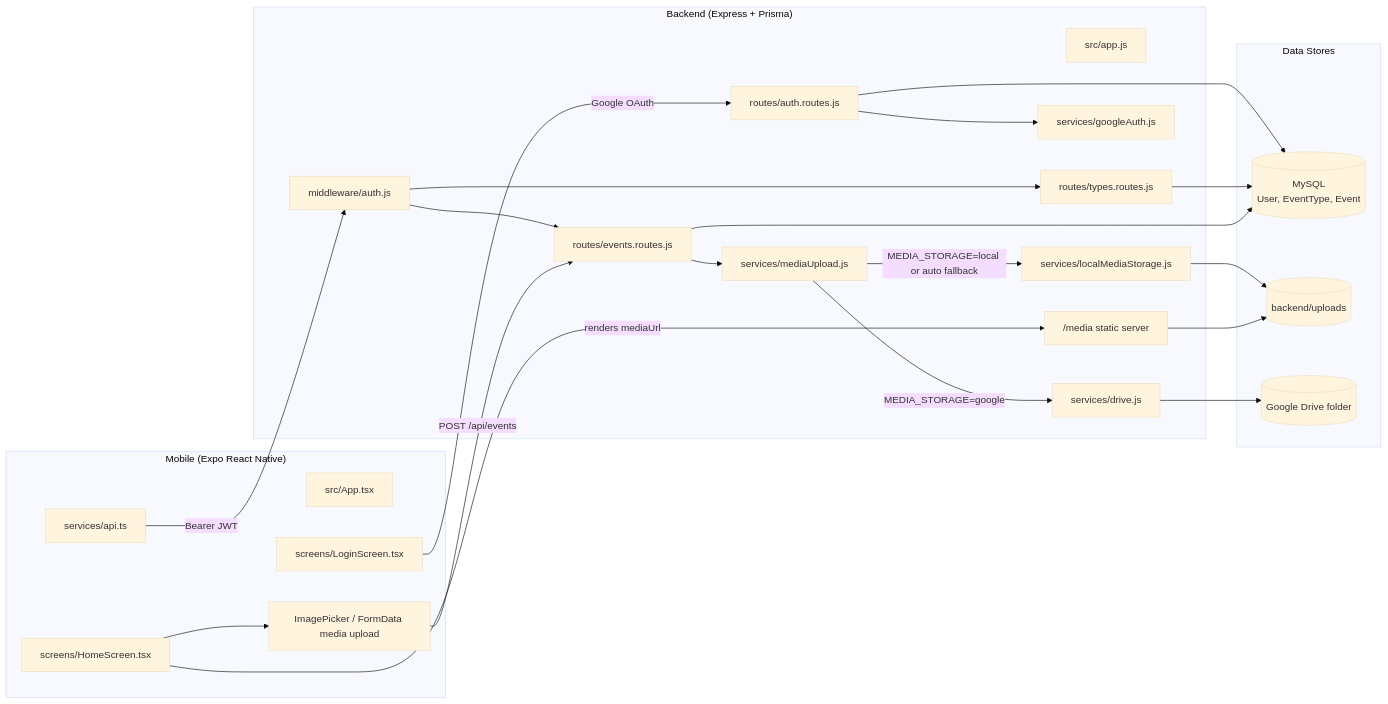
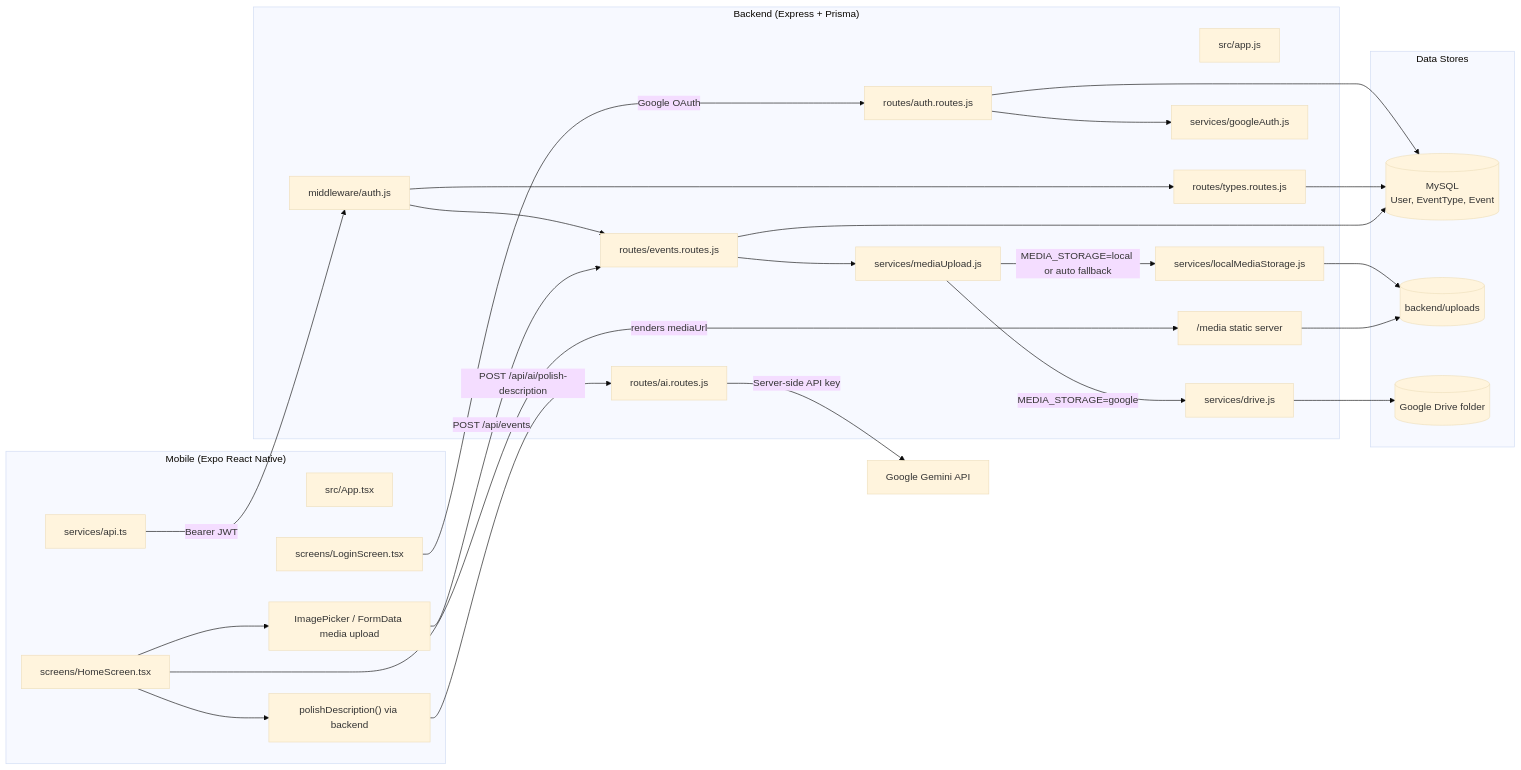
The second of 4 diagrams in REPO_MAP.md (The-Akanksha-Foundation-Pune/mobile), drawn with Mermaid (base theme) before and after one commit. The commit also changed other lines of this file and 15 other files, not shown here.

````diff
--- a/REPO_MAP.md
+++ b/REPO_MAP.md
@@ -102,47 +105,52 @@
 ```mermaid
 graph LR
   subgraph Mobile["Mobile (Expo React Native)"]
     MApp["src/App.tsx"]
     MLogin["screens/LoginScreen.tsx"]
     MHome["screens/HomeScreen.tsx"]
     MApi["services/api.ts"]
+    MPolish["polishDescription() via backend"]
     MMedia["ImagePicker / FormData media upload"]
   end
 
   subgraph Backend["Backend (Express + Prisma)"]
     BApp["src/app.js"]
     BAuth["routes/auth.routes.js"]
     BTypes["routes/types.routes.js"]
     BEvents["routes/events.routes.js"]
+    BAi["routes/ai.routes.js"]
     BJwt["middleware/auth.js"]
     BGoogle["services/googleAuth.js"]
     BUpload["services/mediaUpload.js"]
     BDrive["services/drive.js"]
     BLocal["services/localMediaStorage.js"]
     BStatic["/media static server"]
   end
 
   subgraph Data["Data Stores"]
     DMySQL[("MySQL\nUser, EventType, Event")]
     DUploads[("backend/uploads")]
     DDrive[("Google Drive folder")]
   end
 
   MLogin -->|"Google OAuth"| BAuth
   BAuth --> BGoogle
   BAuth --> DMySQL
   MApi -->|"Bearer JWT"| BJwt
   BJwt --> BTypes
   BJwt --> BEvents
   BTypes --> DMySQL
   MHome --> MMedia
+  MHome --> MPolish
+  MPolish -->|"POST /api/ai/polish-description"| BAi
+  BAi -->|"Server-side API key"| GAI["Google Gemini API"]
   MMedia -->|"POST /api/events"| BEvents
   BEvents --> BUpload
   BUpload -->|"MEDIA_STORAGE=google"| BDrive
   BUpload -->|"MEDIA_STORAGE=local or auto fallback"| BLocal
   BDrive --> DDrive
   BLocal --> DUploads
   BStatic --> DUploads
   BEvents --> DMySQL
   MHome -->|"renders mediaUrl"| BStatic
 ```
````
